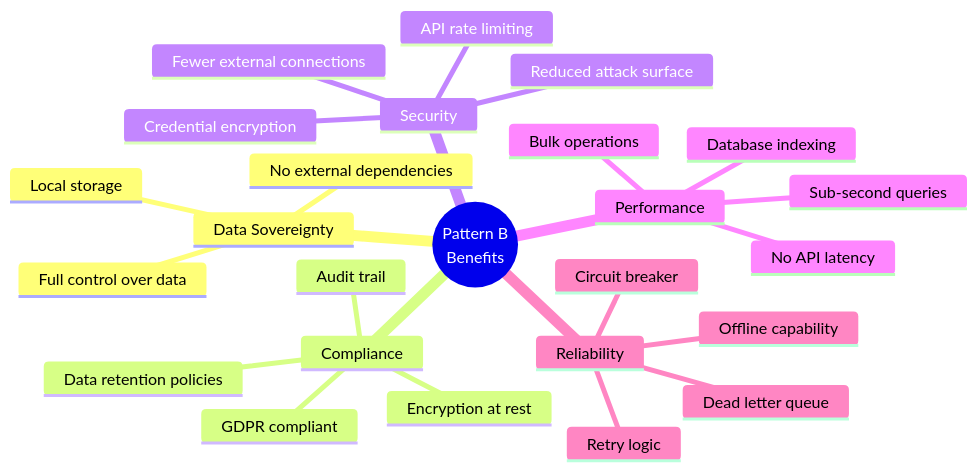
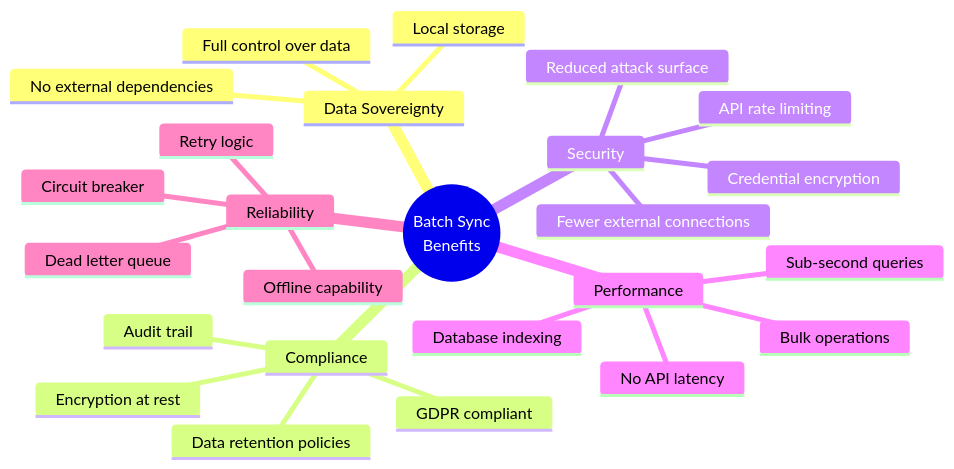
The eighth of 8 diagrams in Documentiation/HR_INTEGRATION_DIAGRAMS.md (nathanmendis/project-harvey-test), drawn with Mermaid before and after one commit. The commit also changed other lines of this file and 3 other files, not shown here.

````diff
--- a/Documentiation/HR_INTEGRATION_DIAGRAMS.md
+++ b/Documentiation/HR_INTEGRATION_DIAGRAMS.md
@@ -404,28 +371,28 @@
 ```mermaid
 mindmap
-  root((Pattern B<br/>Benefits))
+  root((Batch Sync<br/>Benefits))
     Data Sovereignty
       Full control over data
       Local storage
       No external dependencies
     Compliance
       GDPR compliant
       Audit trail
       Data retention policies
       Encryption at rest
     Security
       Reduced attack surface
       Fewer external connections
       API rate limiting
       Credential encryption
     Performance
       Sub-second queries
       No API latency
       Bulk operations
       Database indexing
     Reliability
       Offline capability
       Retry logic
       Circuit breaker
       Dead letter queue
 ```
````
